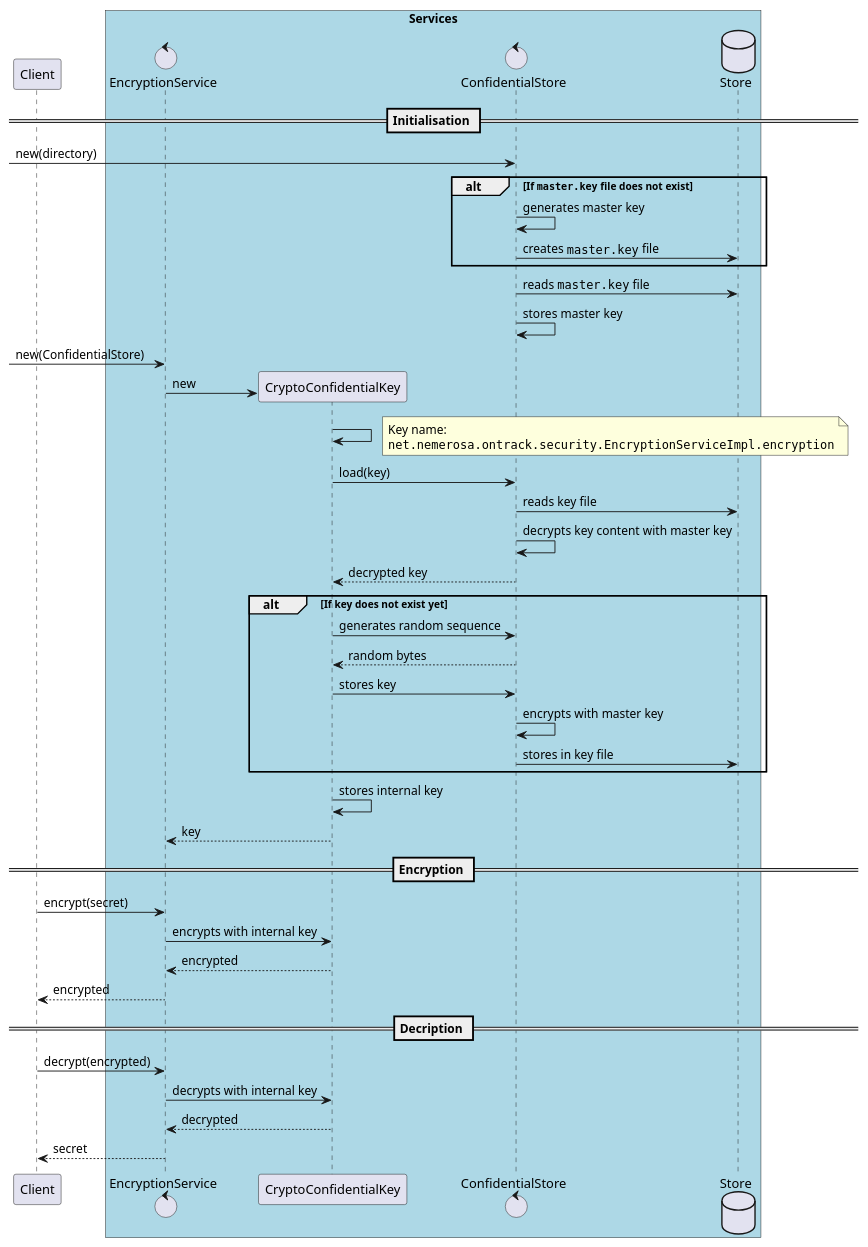
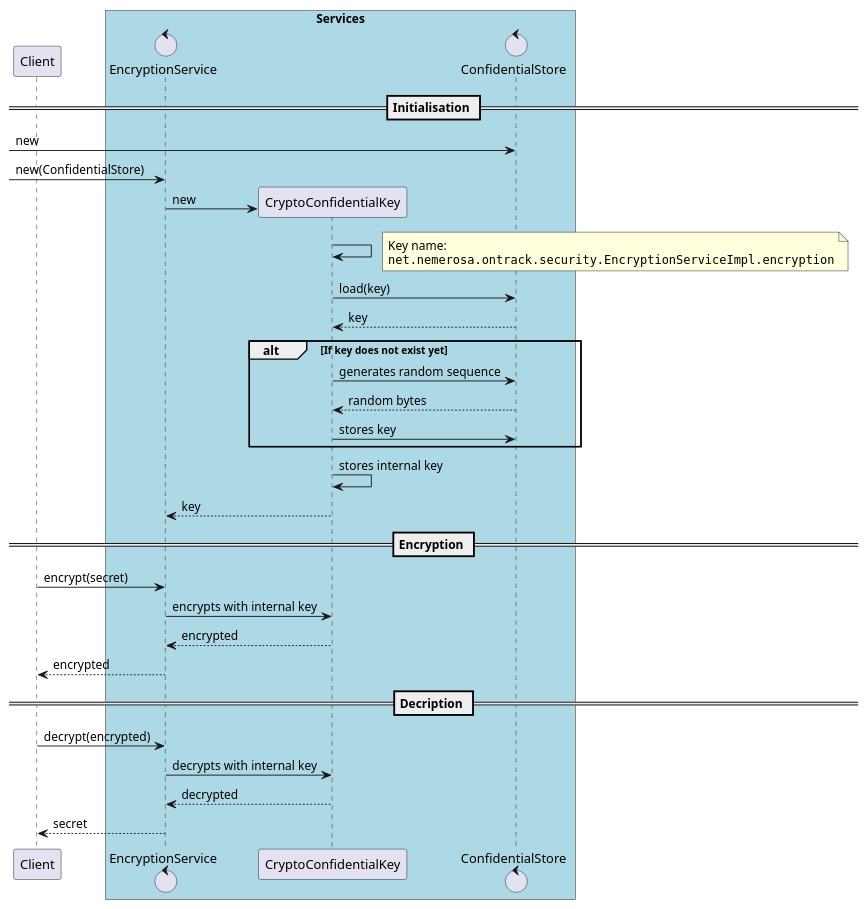
Before and after one commit to nemerosa/ontrack: the diagram in ontrack-docs/src/docs/asciidoc/architecture-encryption.puml, drawn with PlantUML. The commit also changed 5 other files, not shown here.

```diff
--- a/ontrack-docs/src/docs/asciidoc/architecture-encryption.puml
+++ b/ontrack-docs/src/docs/asciidoc/architecture-encryption.puml
@@ -1,57 +1,47 @@
 @startuml
 
 participant Client
 box "Services" #lightblue
     control EncryptionService
     participant CryptoConfidentialKey
     control ConfidentialStore
-    database Store
 end box
 
 == Initialisation ==
 
--> ConfidentialStore: new(directory)
-alt If ""master.key"" file does not exist
-    ConfidentialStore -> ConfidentialStore: generates master key
-    ConfidentialStore -> Store: creates ""master.key"" file
-end
-ConfidentialStore -> Store: reads ""master.key"" file
-ConfidentialStore -> ConfidentialStore: stores master key
+create ConfidentialStore
+-> ConfidentialStore: new
 
 -> EncryptionService: new(ConfidentialStore)
 create CryptoConfidentialKey
 EncryptionService -> CryptoConfidentialKey: new
 CryptoConfidentialKey -> CryptoConfidentialKey
 note right
     Key name:
     ""net.nemerosa.ontrack.security.EncryptionServiceImpl.encryption""
 end note
 CryptoConfidentialKey -> ConfidentialStore: load(key)
-ConfidentialStore -> Store: reads key file
-ConfidentialStore -> ConfidentialStore: decrypts key content with master key
-ConfidentialStore --> CryptoConfidentialKey: decrypted key
+ConfidentialStore --> CryptoConfidentialKey: key
 alt If key does not exist yet
     CryptoConfidentialKey -> ConfidentialStore: generates random sequence
     ConfidentialStore --> CryptoConfidentialKey: random bytes
     CryptoConfidentialKey -> ConfidentialStore: stores key
-    ConfidentialStore -> ConfidentialStore: encrypts with master key
-    ConfidentialStore -> Store: stores in key file
 end
 CryptoConfidentialKey -> CryptoConfidentialKey: stores internal key
 CryptoConfidentialKey --> EncryptionService: key
 
 == Encryption ==
 
 Client -> EncryptionService: encrypt(secret)
 EncryptionService -> CryptoConfidentialKey: encrypts with internal key
 CryptoConfidentialKey --> EncryptionService: encrypted
 EncryptionService --> Client: encrypted
 
 == Decription ==
 
 Client -> EncryptionService: decrypt(encrypted)
 EncryptionService -> CryptoConfidentialKey: decrypts with internal key
 CryptoConfidentialKey --> EncryptionService: decrypted
 EncryptionService --> Client: secret
 
 @enduml
```
